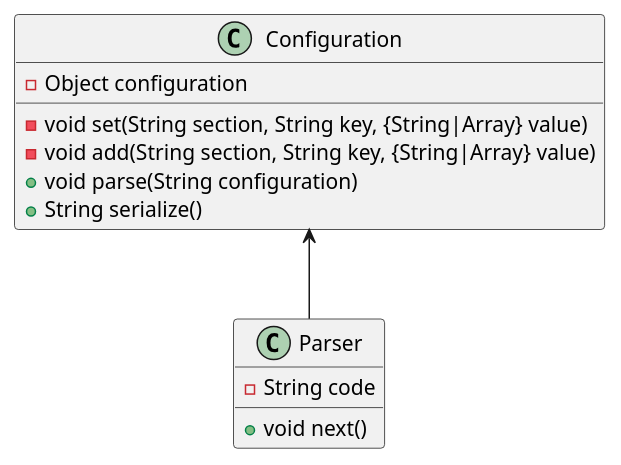
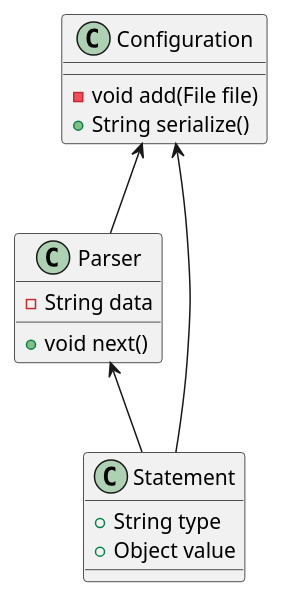
Before and after one commit to vtambourine/ini-processor: the diagram in docs/structure.puml, drawn with PlantUML. The commit also changed 18 other files, not shown here.

```diff
--- a/docs/structure.puml
+++ b/docs/structure.puml
@@ -1,18 +1,22 @@
 @startuml
 
 class Parser {
-    - String code
+    - String data
     + void next()
 }
 
+class Statement {
+    + String type
+    + Object value
+}
+
 class Configuration {
-    - Object configuration
-    - void set(String section, String key, {String|Array} value)
-    - void add(String section, String key, {String|Array} value)
-    + void parse(String configuration)
+    - void add(File file)
     + String serialize()
 }
 
+Parser <-- Statement
 Configuration <-- Parser
+Configuration <-- Statement
 
 @enduml
```
